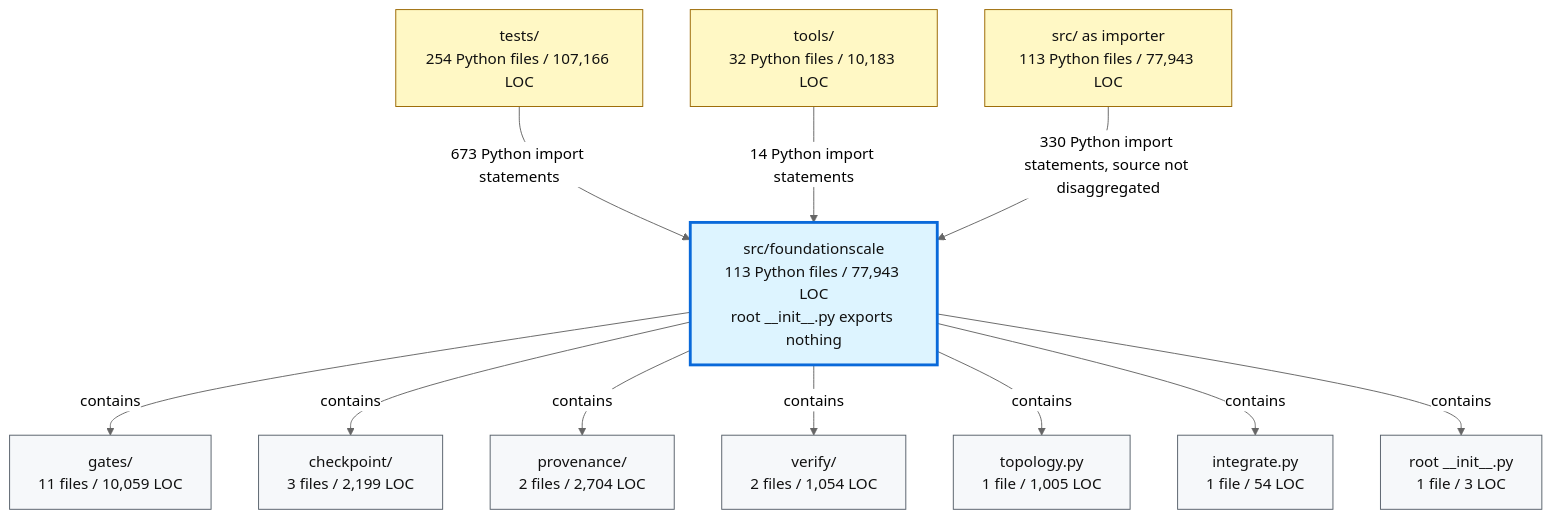
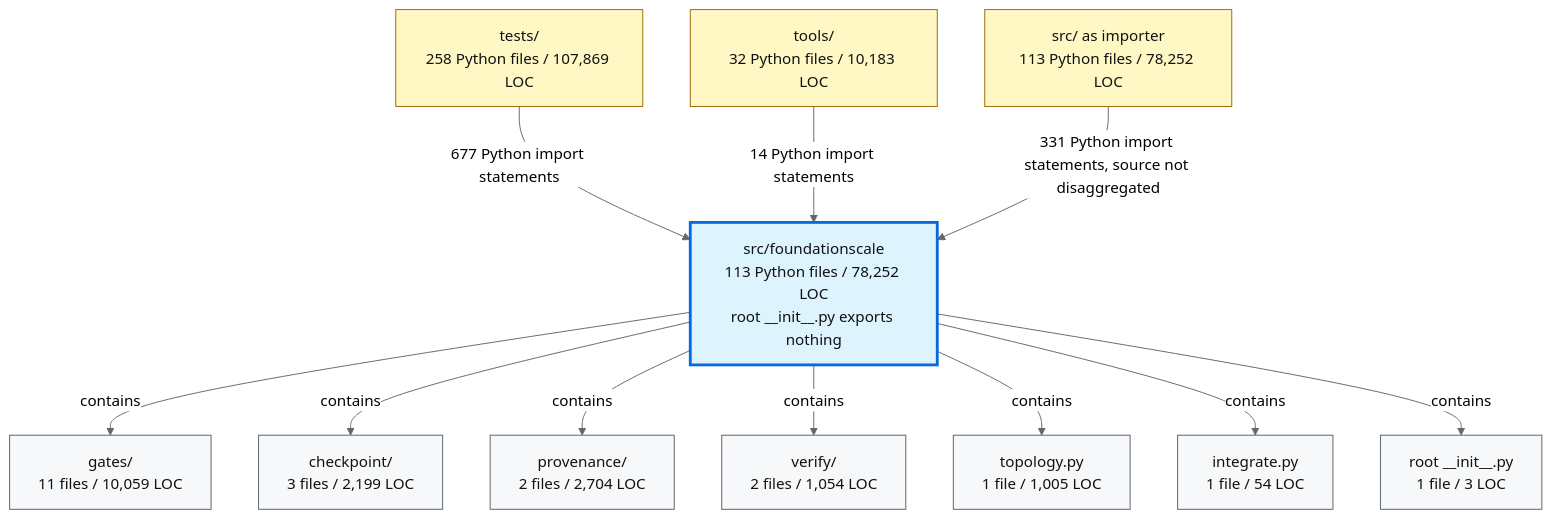
Before and after one commit to TranNhiem/FoundationScale: the second of 2 diagrams in docs/review/D2_current_architecture.md, drawn with Mermaid (neutral theme). The commit also changed other lines of this file and 10 other files, not shown here.

````diff
--- a/docs/review/D2_current_architecture.md
+++ b/docs/review/D2_current_architecture.md
@@ -97,36 +97,36 @@
 ```mermaid
 flowchart TB
-  TESTS["tests/<br/>254 Python files / 107,166 LOC"]
+  TESTS["tests/<br/>258 Python files / 107,869 LOC"]
   TOOLS["tools/<br/>32 Python files / 10,183 LOC"]
-  SRC["src/ as importer<br/>113 Python files / 77,943 LOC"]
+  SRC["src/ as importer<br/>113 Python files / 78,252 LOC"]
 
-  FS["src/foundationscale<br/>113 Python files / 77,943 LOC<br/>root __init__.py exports nothing"]
+  FS["src/foundationscale<br/>113 Python files / 78,252 LOC<br/>root __init__.py exports nothing"]
 
   GATES["gates/<br/>11 files / 10,059 LOC"]
   CKPT["checkpoint/<br/>3 files / 2,199 LOC"]
   PROV["provenance/<br/>2 files / 2,704 LOC"]
   VERIFY["verify/<br/>2 files / 1,054 LOC"]
   TOPO["topology.py<br/>1 file / 1,005 LOC"]
   INTEG["integrate.py<br/>1 file / 54 LOC"]
   ROOT["root __init__.py<br/>1 file / 3 LOC"]
 
-  TESTS -->|"673 Python import statements"| FS
+  TESTS -->|"677 Python import statements"| FS
   TOOLS -->|"14 Python import statements"| FS
-  SRC -->|"330 Python import statements, source not disaggregated"| FS
+  SRC -->|"331 Python import statements, source not disaggregated"| FS
 
   FS -->|"contains"| GATES
   FS -->|"contains"| CKPT
   FS -->|"contains"| PROV
   FS -->|"contains"| VERIFY
   FS -->|"contains"| TOPO
   FS -->|"contains"| INTEG
   FS -->|"contains"| ROOT
 
   classDef consumer fill:#fff8c5,stroke:#9a6700,color:#111;
   classDef package fill:#ddf4ff,stroke:#0969da,stroke-width:3px,color:#111;
   classDef module fill:#f6f8fa,stroke:#57606a,color:#111;
 
   class TESTS,TOOLS,SRC consumer;
   class FS package;
   class GATES,CKPT,PROV,VERIFY,TOPO,INTEG,ROOT module;
 ```
````
